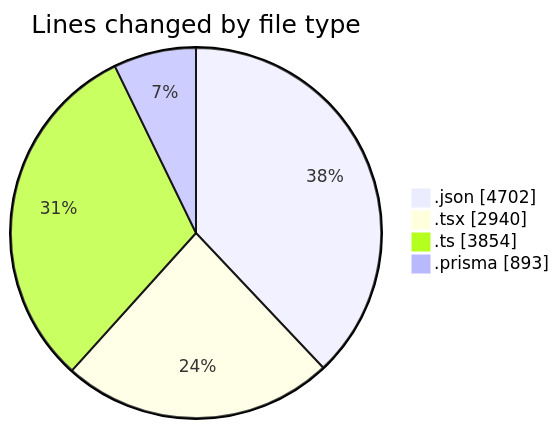
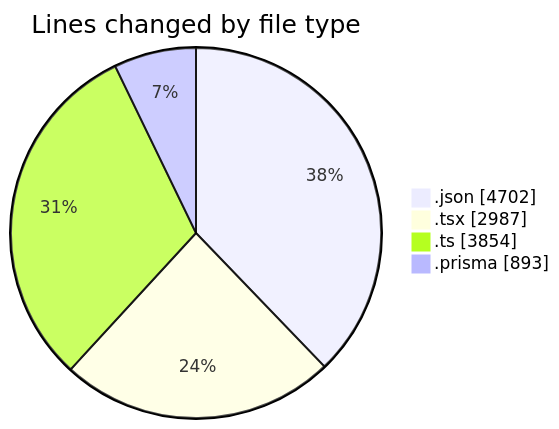
The first of 2 diagrams in 2025-05-05/ecodeli/README.md (CELIANVF/code-tracking), drawn with Mermaid before and after one commit. The commit also changed other lines of this file and 1 other file, not shown here.

````diff
--- a/2025-05-05/ecodeli/README.md
+++ b/2025-05-05/ecodeli/README.md
@@ -46,8 +46,8 @@
 ```mermaid
 pie showData
 title Lines changed by file type
 ".json" : 4702
-".tsx" : 2940
+".tsx" : 2987
 ".ts" : 3854
 ".prisma" : 893
 ```
````
